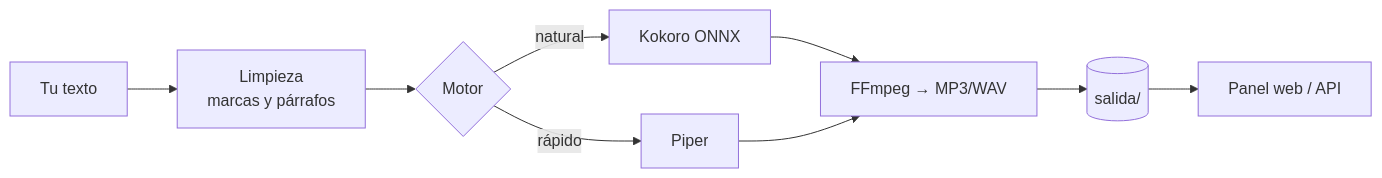
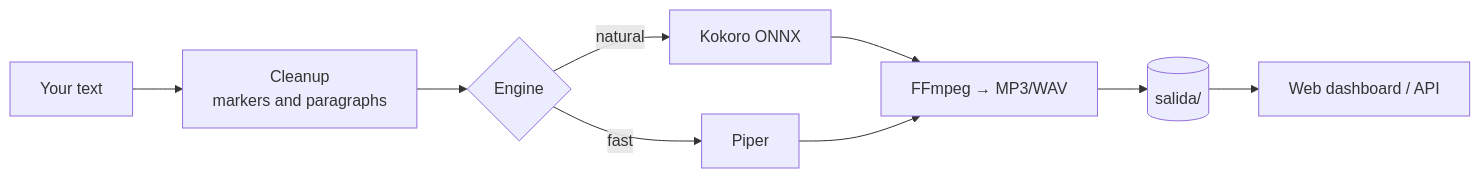
The diagram in README.md (RosaritoRD/local-voice), drawn with Mermaid before and after one commit. The commit also changed other lines of this file and 7 other files, not shown here.

````diff
--- a/README.md
+++ b/README.md
@@ -32,11 +32,11 @@
 ```mermaid
 flowchart LR
-    T[Tu texto] --> L[Limpieza<br/>marcas y párrafos]
-    L --> M{Motor}
+    T[Your text] --> L[Cleanup<br/>markers and paragraphs]
+    L --> M{Engine}
     M -->|natural| K[Kokoro ONNX]
-    M -->|rápido| P[Piper]
+    M -->|fast| P[Piper]
     K --> F[FFmpeg → MP3/WAV]
     P --> F
     F --> S[(salida/)]
-    S --> W[Panel web / API]
+    S --> W[Web dashboard / API]
 ```
````
